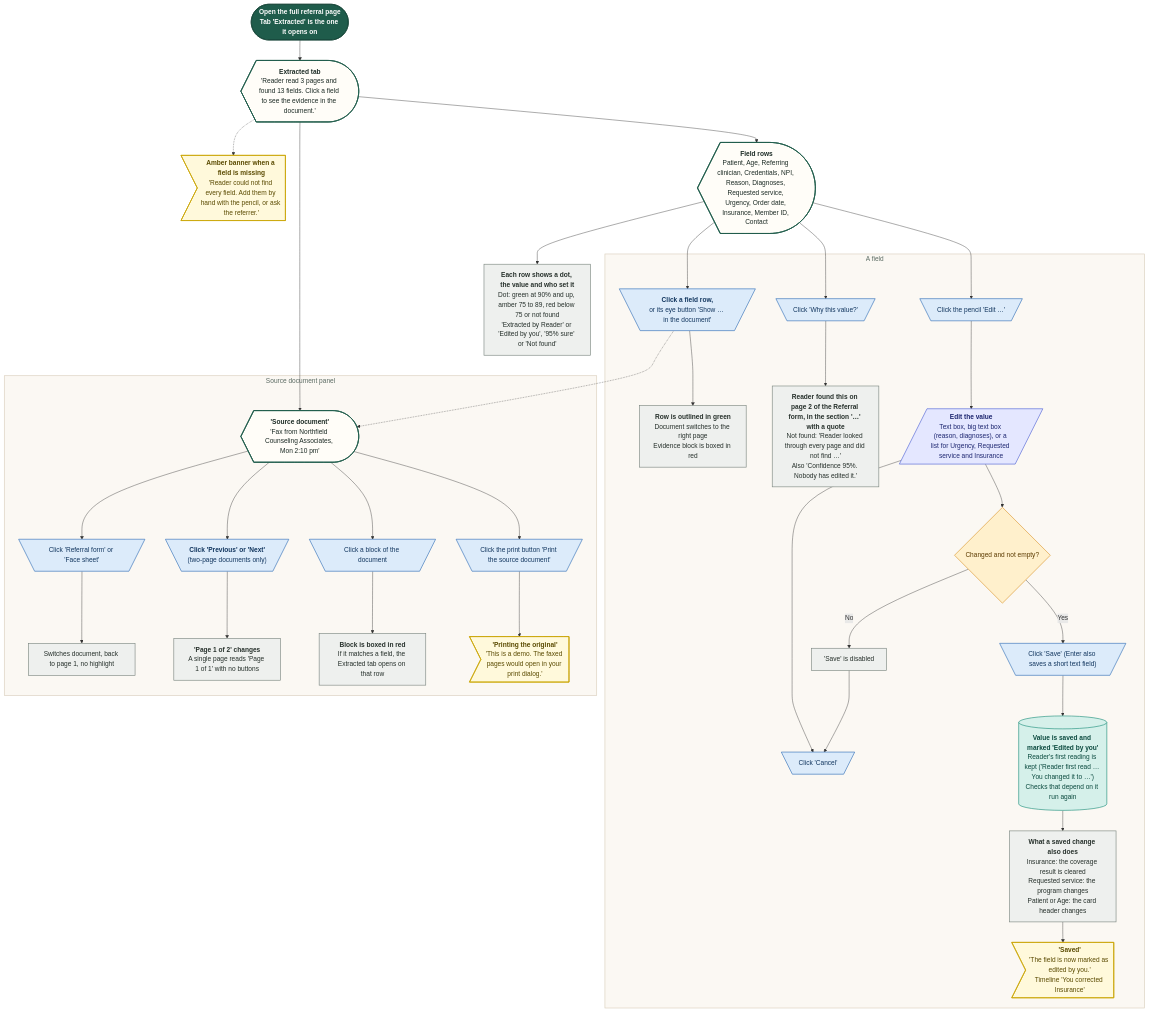
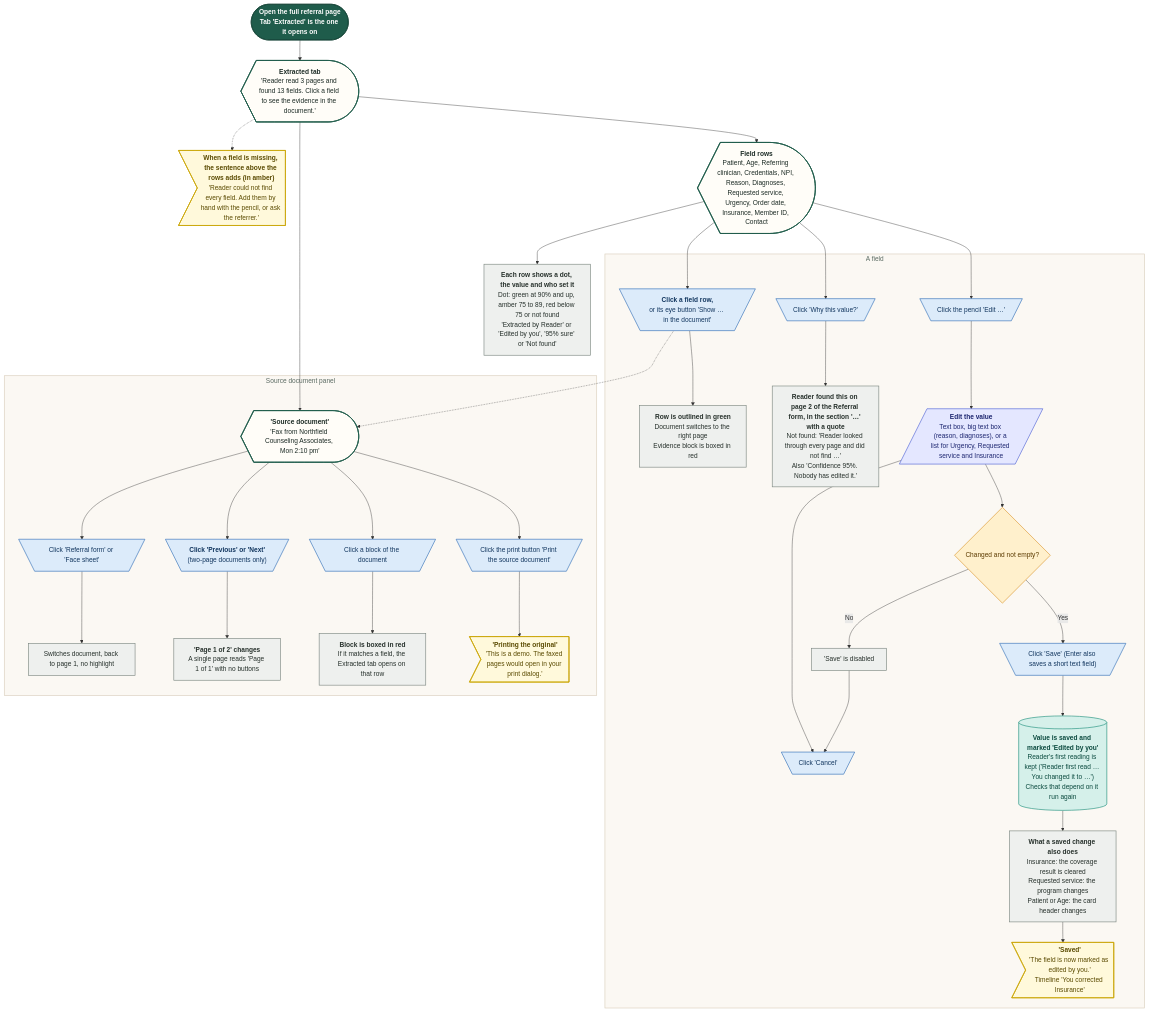
Before and after one commit to Shrav143/psyfloapp: diagram 11 of 37 in demos/prior-auth-demo/workflows/out/md/04-new-case.md, drawn with Mermaid. The commit also changed other lines of this file and 192 other files, not shown here.

First line of the commit message:
docs: changelog by sidebar tab; README, diagrams and Settings layout aligned with the refinement; shared InfoTip; referral cost-share line

````diff
--- a/demos/prior-auth-demo/workflows/out/md/04-new-case.md
+++ b/demos/prior-auth-demo/workflows/out/md/04-new-case.md
@@ -953,75 +953,75 @@
 ```mermaid
 %%{init: {"theme":"base","themeVariables":{"fontFamily":"'DM Sans', 'Segoe UI', system-ui, sans-serif","fontSize":"15px","lineColor":"#5B6B63","primaryTextColor":"#1C2B25","clusterBkg":"#FBF8F3","clusterBorder":"#D9CDBB","edgeLabelBackground":"#FFFFFF"},"flowchart":{"curve":"basis","nodeSpacing":36,"rankSpacing":48,"padding":12,"htmlLabels":true,"useMaxWidth":false,"wrappingWidth":230}} }%%
 flowchart TD
   classDef k_start fill:#1F5C4B,stroke:#174638,color:#FFFFFF,stroke-width:1.5px,font-weight:600
   classDef k_end fill:#DDEFE3,stroke:#2E7D4F,color:#14502F,stroke-width:1.5px,font-weight:600
   classDef k_endx fill:#FBE3E0,stroke:#C0392B,color:#7A1F16,stroke-width:1.5px,font-weight:600
   classDef k_screen fill:#FFFDF8,stroke:#1F5C4B,color:#1C2B25,stroke-width:2px
   classDef k_overlay fill:#F1F7F3,stroke:#1F5C4B,color:#1C2B25,stroke-width:2px,stroke-dasharray:5 3
   classDef k_click fill:#DCEBFA,stroke:#2F6DB5,color:#12365F,stroke-width:1.5px
   classDef k_input fill:#E4E7FF,stroke:#4C5FD5,color:#1D2670,stroke-width:1.5px
   classDef k_process fill:#EEF0EE,stroke:#7A857F,color:#26302B,stroke-width:1.5px
   classDef k_agent fill:#EEE5FA,stroke:#7A4FC2,color:#341A63,stroke-width:1.5px
   classDef k_decision fill:#FFF0CC,stroke:#D9962B,color:#5C3B00,stroke-width:1.5px
   classDef k_store fill:#D5F0EA,stroke:#1C8E7B,color:#0B4A3F,stroke-width:1.5px
   classDef k_doc fill:#F6E9DC,stroke:#B07A4C,color:#4A2E14,stroke-width:1.5px
   classDef k_ext fill:#FFE6D2,stroke:#E07B39,color:#6B2F06,stroke-width:1.5px
   classDef k_wait fill:#E4E8EE,stroke:#6B7C93,color:#26303D,stroke-width:1.5px
   classDef k_toast fill:#FFF9DB,stroke:#C9A400,color:#5A4A00,stroke-width:1.5px
   classDef k_goto fill:#FFFFFF,stroke:#1F5C4B,color:#1F5C4B,stroke-width:1.5px,stroke-dasharray:5 3
   s1@{ shape: stadium, label: "<b>Open the full referral page</b><br/>Tab 'Extracted' is the one it opens on" }
   sc1@{ shape: curv-trap, label: "<b>Extracted tab</b><br/>'Reader read 3 pages and found 13 fields. Click a field to see the evidence in the document.'" }
-  t0@{ shape: odd, label: "<b>Amber banner when a field is missing</b><br/>'Reader could not find every field. Add them by hand with the pencil, or ask the referrer.'" }
+  t0@{ shape: odd, label: "<b>When a field is missing, the sentence above the rows adds (in amber)</b><br/>'Reader could not find every field. Add them by hand with the pencil, or ask the referrer.'" }
   sc2@{ shape: curv-trap, label: "<b>Field rows</b><br/>Patient, Age, Referring clinician, Credentials, NPI, Reason, Diagnoses, Requested service, Urgency, Order date, Insurance, Member ID, Contact" }
   pRow@{ shape: rect, label: "<b>Each row shows a dot, the value and who set it</b><br/>Dot: green at 90% and up, amber 75 to 89, red below 75 or not found<br/>'Extracted by Reader' or 'Edited by you', '95% sure' or 'Not found'" }
   subgraph gRow ["A field"]
   c1@{ shape: trap-t, label: "<b>Click a field row,</b><br/>or its eye button 'Show … in the document'" }
   p1@{ shape: rect, label: "<b>Row is outlined in green</b><br/>Document switches to the right page<br/>Evidence block is boxed in red" }
   c2@{ shape: trap-t, label: "Click 'Why this value?'" }
   p2@{ shape: rect, label: "<b>Reader found this on page 2 of the Referral form, in the section '…' with a quote</b><br/>Not found: 'Reader looked through every page and did not find …'<br/>Also 'Confidence 95%. Nobody has edited it.'" }
   c3@{ shape: trap-t, label: "Click the pencil 'Edit …'" }
   i1@{ shape: lean-r, label: "<b>Edit the value</b><br/>Text box, big text box (reason, diagnoses), or a list for Urgency, Requested service and Insurance" }
   d1@{ shape: diam, label: "Changed and not empty?" }
   p3@{ shape: rect, label: "'Save' is disabled" }
   c4@{ shape: trap-t, label: "Click 'Save' (Enter also saves a short text field)" }
   c5@{ shape: trap-t, label: "Click 'Cancel'" }
   st1@{ shape: cyl, label: "<b>Value is saved and marked 'Edited by you'</b><br/>Reader's first reading is kept ('Reader first read … You changed it to …')<br/>Checks that depend on it run again" }
   p4@{ shape: rect, label: "<b>What a saved change also does</b><br/>Insurance: the coverage result is cleared<br/>Requested service: the program changes<br/>Patient or Age: the card header changes" }
   t1@{ shape: odd, label: "<b>'Saved'</b><br/>'The field is now marked as edited by you.'<br/>Timeline 'You corrected Insurance'" }
   end
   subgraph gDoc ["Source document panel"]
   sd@{ shape: curv-trap, label: "<b>'Source document'</b><br/>'Fax from Northfield Counseling Associates, Mon 2:10 pm'" }
   c6@{ shape: trap-t, label: "Click 'Referral form' or 'Face sheet'" }
   p5@{ shape: rect, label: "Switches document, back to page 1, no highlight" }
   c7@{ shape: trap-t, label: "<b>Click 'Previous' or 'Next'</b><br/>(two-page documents only)" }
   p6@{ shape: rect, label: "<b>'Page 1 of 2' changes</b><br/>A single page reads 'Page 1 of 1' with no buttons" }
   c8@{ shape: trap-t, label: "Click a block of the document" }
   p7@{ shape: rect, label: "<b>Block is boxed in red</b><br/>If it matches a field, the Extracted tab opens on that row" }
   c9@{ shape: trap-t, label: "Click the print button 'Print the source document'" }
   t2@{ shape: odd, label: "<b>'Printing the original'</b><br/>'This is a demo. The faxed pages would open in your print dialog.'" }
   end
   s1 --> sc1 --> sc2 --> pRow
   sc1 -.-> t0
   sc2 --> c1 --> p1
   sc2 --> c2 --> p2
   sc2 --> c3 --> i1 --> d1
   d1 -->|"No"| p3 --> c5
   d1 -->|"Yes"| c4 --> st1 --> p4 --> t1
   i1 --> c5
   sc1 --> sd
   sd --> c6 --> p5
   sd --> c7 --> p6
   sd --> c8 --> p7
   sd --> c9 --> t2
   c1 -.-> sd
   class s1 k_start
   class sc1,sc2,sd k_screen
   class t0,t1,t2 k_toast
   class pRow,p1,p2,p3,p4,p5,p6,p7 k_process
   class c1,c2,c3,c4,c5,c6,c7,c8,c9 k_click
   class i1 k_input
   class d1 k_decision
   class st1 k_store
   style gRow fill:#FBF8F3,stroke:#D9CDBB,stroke-width:1.5px,color:#5B6B63
   style gDoc fill:#FBF8F3,stroke:#D9CDBB,stroke-width:1.5px,color:#5B6B63
 ```
````
